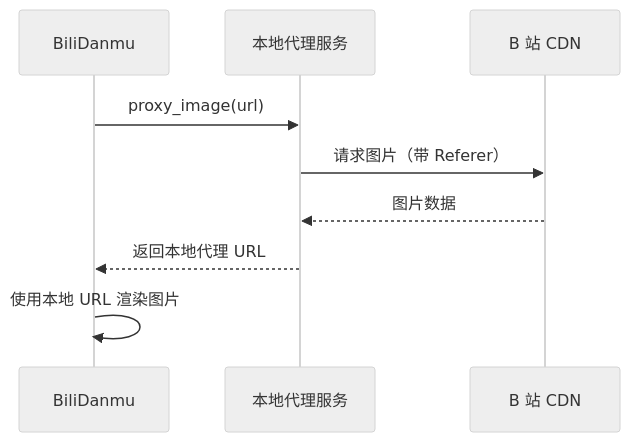
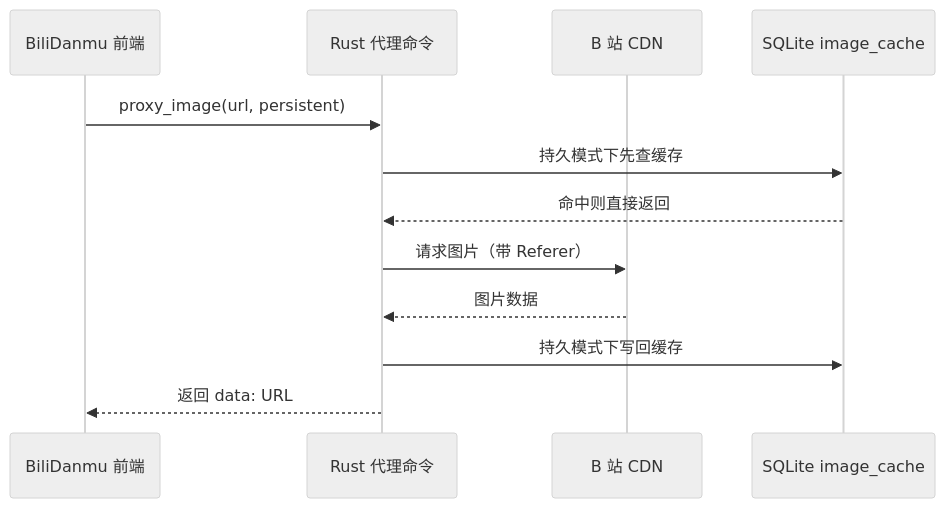
Before and after one commit to sfqy211/bilidanmu: the diagram in docs/docs/guide/proxy.md, drawn with Mermaid (neutral theme). The commit also changed other lines of this file and 29 other files, not shown here.

````diff
--- a/docs/docs/guide/proxy.md
+++ b/docs/docs/guide/proxy.md
@@ -11,12 +11,15 @@
 ```mermaid
 sequenceDiagram
-    participant App as BiliDanmu
-    participant Proxy as 本地代理服务
+    participant App as BiliDanmu 前端
+    participant Proxy as Rust 代理命令
     participant CDN as B 站 CDN
+    participant DB as SQLite image_cache
 
-    App->>Proxy: proxy_image(url)
+    App->>Proxy: proxy_image(url, persistent)
+    Proxy->>DB: 持久模式下先查缓存
+    DB-->>Proxy: 命中则直接返回
     Proxy->>CDN: 请求图片（带 Referer）
     CDN-->>Proxy: 图片数据
-    Proxy-->>App: 返回本地代理 URL
-    App->>App: 使用本地 URL 渲染图片
+    Proxy->>DB: 持久模式下写回缓存
+    Proxy-->>App: 返回 data: URL
 ```
````
